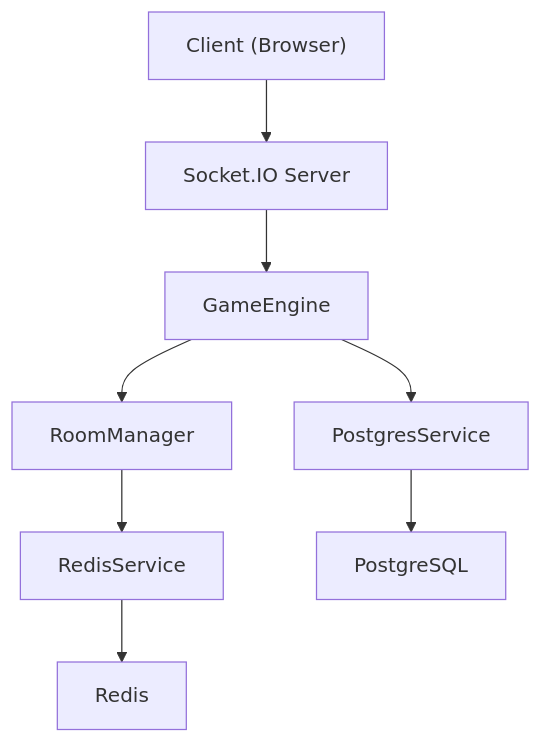
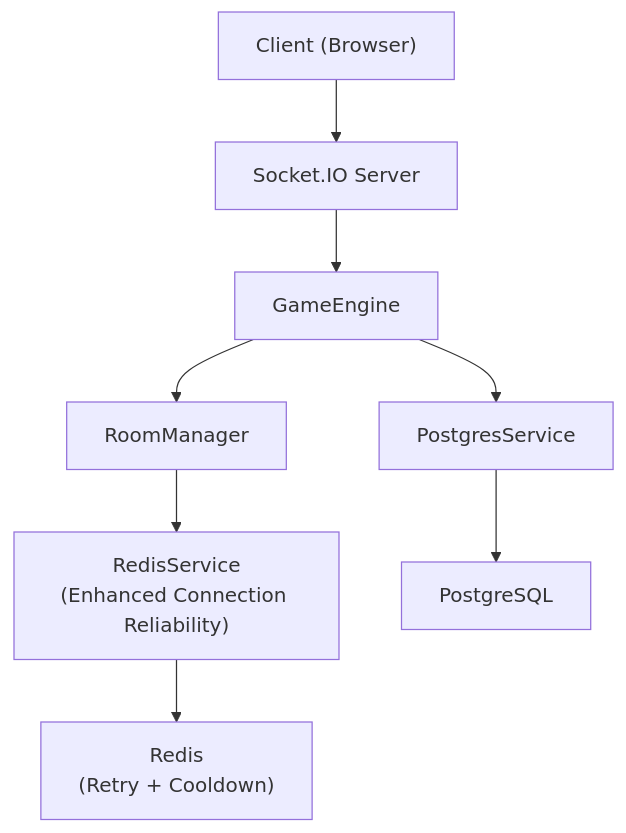
The second of 11 diagrams in .qoder/repowiki/en/content/Data Management/Data Management.md (dkoukoul/escape-room-mvp), drawn with Mermaid before and after one commit. The commit also changed other lines of this file and 21 other files, not shown here.

````diff
--- a/.qoder/repowiki/en/content/Data Management/Data Management.md
+++ b/.qoder/repowiki/en/content/Data Management/Data Management.md
@@ -107,18 +118,18 @@
 ```mermaid
 graph TB
 Client["Client (Browser)"]
 IO["Socket.IO Server"]
 GE["GameEngine"]
 RM["RoomManager"]
-RS["RedisService"]
+RS["RedisService<br/>(Enhanced Connection Reliability)"]
 PS["PostgresService"]
 PG["PostgreSQL"]
-RD["Redis"]
+RD["Redis<br/>(Retry + Cooldown)"]
 Client --> IO
 IO --> GE
 GE --> RM
 RM --> RS
 GE --> PS
 PS --> PG
 RS --> RD
 ```
````
